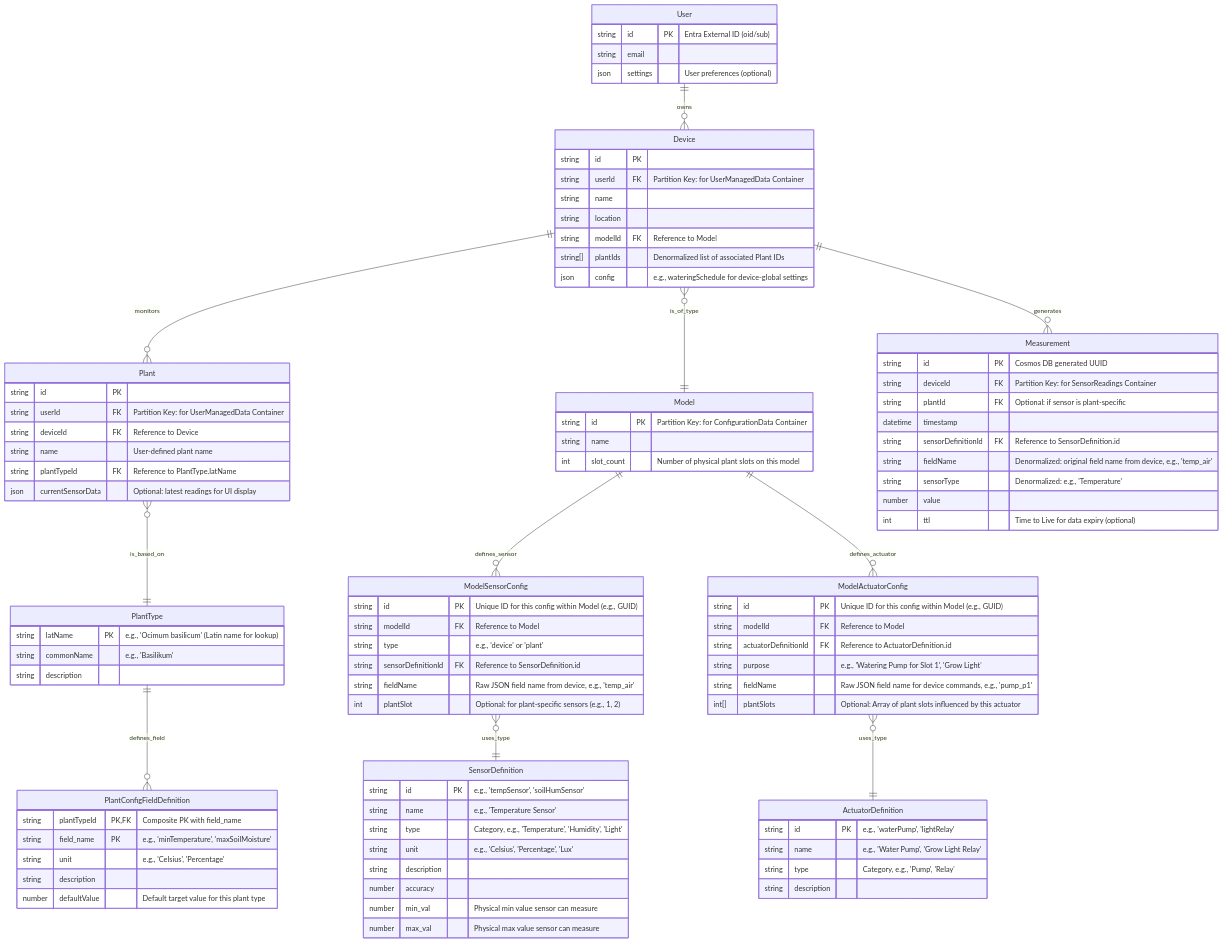
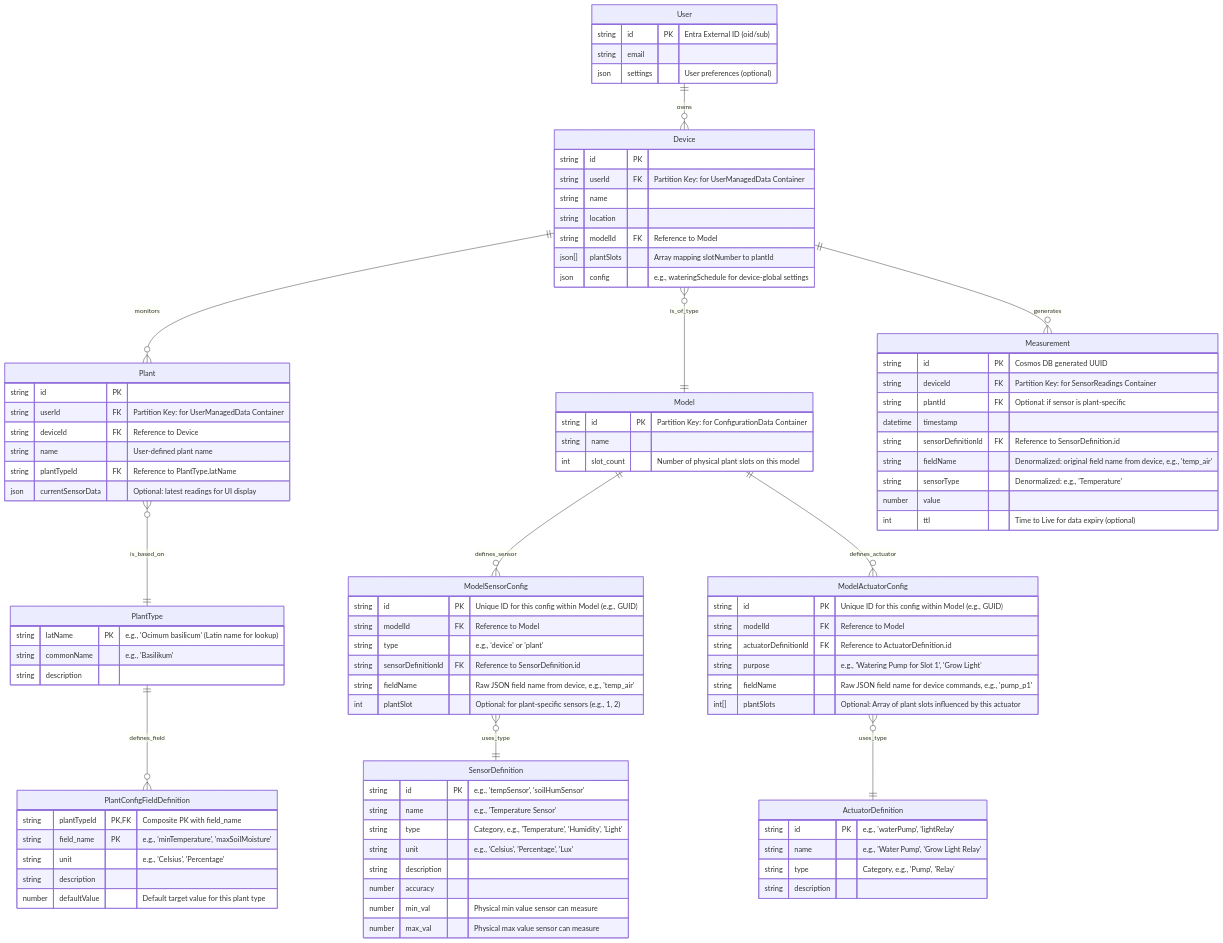
One commit to VadimSokow/Plantmatic changed the diagram in doc/diagrams/db_reworked.mermaid. Above: the diagram before and after it, drawn with Mermaid.

Commit message:
change plantSlots to json for better mapping

```diff
--- a/doc/diagrams/db_reworked.mermaid
+++ b/doc/diagrams/db_reworked.mermaid
@@ -1,109 +1,107 @@
 erDiagram
     User ||--o{ Device: owns
     Device ||--o{ Plant: monitors
     Device }o--|| Model: is_of_type
     Plant }o--|| PlantType: is_based_on
     Device ||--o{ Measurement: generates
     Model ||--o{ ModelSensorConfig: defines_sensor
     Model ||--o{ ModelActuatorConfig: defines_actuator
     ModelSensorConfig }o--|| SensorDefinition: uses_type
     ModelActuatorConfig }o--|| ActuatorDefinition: uses_type
     PlantType ||--o{ PlantConfigFieldDefinition: defines_field
 
     User {
         string id PK "Entra External ID (oid/sub)"
         string email
         json settings "User preferences (optional)"
     }
 
     Device {
         string id PK
         string userId FK "Partition Key: for UserManagedData Container"
         string name
         string location
         string modelId FK "Reference to Model"
-        string[] plantIds "Denormalized list of associated Plant IDs"
+        json[] plantSlots "Array mapping slotNumber to plantId"
     %% datetime lastSeen "Timestamp of last contact (optional, from IoT Hub)"
     %% string status "Derived from lastSeen (optional)"
         json config "e.g., wateringSchedule for device-global settings"
     }
 
     Plant {
         string id PK
         string userId FK "Partition Key: for UserManagedData Container"
         string deviceId FK "Reference to Device"
         string name "User-defined plant name"
         string plantTypeId FK "Reference to PlantType.latName"
     %% json config removed, defaults now in PlantConfigFieldDefinition
         json currentSensorData "Optional: latest readings for UI display"
     }
 
     Model {
         string id PK "Partition Key: for ConfigurationData Container"
         string name
         int slot_count "Number of physical plant slots on this model"
     }
 
     ModelSensorConfig {
         string id PK "Unique ID for this config within Model (e.g., GUID)"
         string modelId FK "Reference to Model"
         string type "e.g., 'device' or 'plant'"
         string sensorDefinitionId FK "Reference to SensorDefinition.id"
         string fieldName "Raw JSON field name from device, e.g., 'temp_air'"
         int plantSlot "Optional: for plant-specific sensors (e.g., 1, 2)"
     }
 
     ModelActuatorConfig {
         string id PK "Unique ID for this config within Model (e.g., GUID)"
         string modelId FK "Reference to Model"
         string actuatorDefinitionId FK "Reference to ActuatorDefinition.id"
         string purpose "e.g., 'Watering Pump for Slot 1', 'Grow Light'"
         string fieldName "Raw JSON field name for device commands, e.g., 'pump_p1'"
         int[] plantSlots "Optional: Array of plant slots influenced by this actuator"
-    %% isGlobal removed, inferred from plantSlots
     }
 
     SensorDefinition {
         string id PK "e.g., 'tempSensor', 'soilHumSensor'"
         string name "e.g., 'Temperature Sensor'"
         string type "Category, e.g., 'Temperature', 'Humidity', 'Light'"
         string unit "e.g., 'Celsius', 'Percentage', 'Lux'"
         string description
         number accuracy
         number min_val "Physical min value sensor can measure"
         number max_val "Physical max value sensor can measure"
     }
 
     ActuatorDefinition {
         string id PK "e.g., 'waterPump', 'lightRelay'"
         string name "e.g., 'Water Pump', 'Grow Light Relay'"
         string type "Category, e.g., 'Pump', 'Relay'"
         string description
     }
 
     PlantType {
         string latName PK "e.g., 'Ocimum basilicum' (Latin name for lookup)"
         string commonName "e.g., 'Basilikum'"
         string description
     }
 
     PlantConfigFieldDefinition {
         string plantTypeId PK, FK "Composite PK with field_name"
         string field_name PK "e.g., 'minTemperature', 'maxSoilMoisture'"
         string unit "e.g., 'Celsius', 'Percentage'"
         string description
         number defaultValue "Default target value for this plant type"
-    %% dataType removed (inferred from unit)
     }
 
     Measurement {
         string id PK "Cosmos DB generated UUID"
         string deviceId FK "Partition Key: for SensorReadings Container"
         string plantId FK "Optional: if sensor is plant-specific"
         datetime timestamp
         string sensorDefinitionId FK "Reference to SensorDefinition.id"
         string fieldName "Denormalized: original field name from device, e.g., 'temp_air'"
         string sensorType "Denormalized: e.g., 'Temperature'"
         number value
         int ttl "Time to Live for data expiry (optional)"
     }
```
